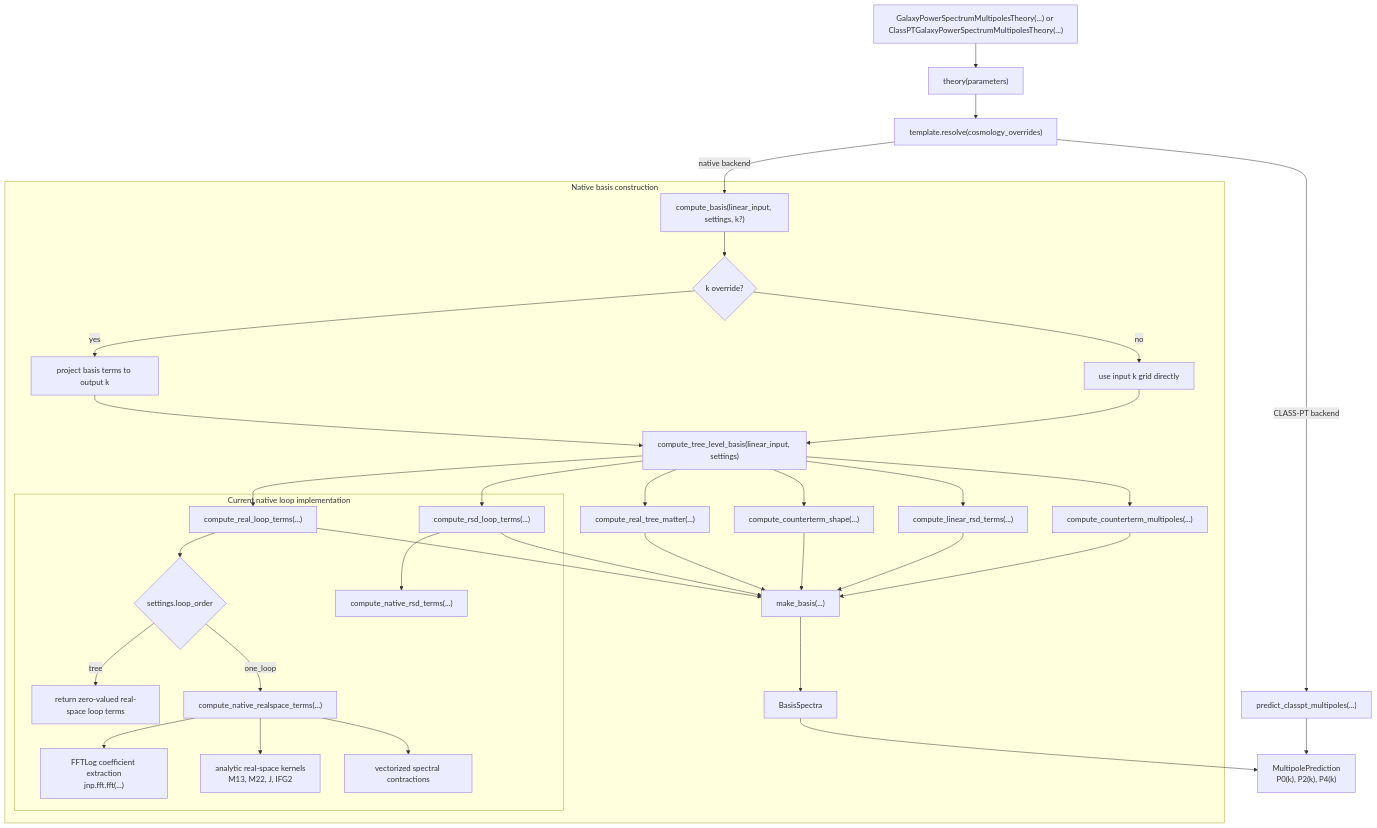
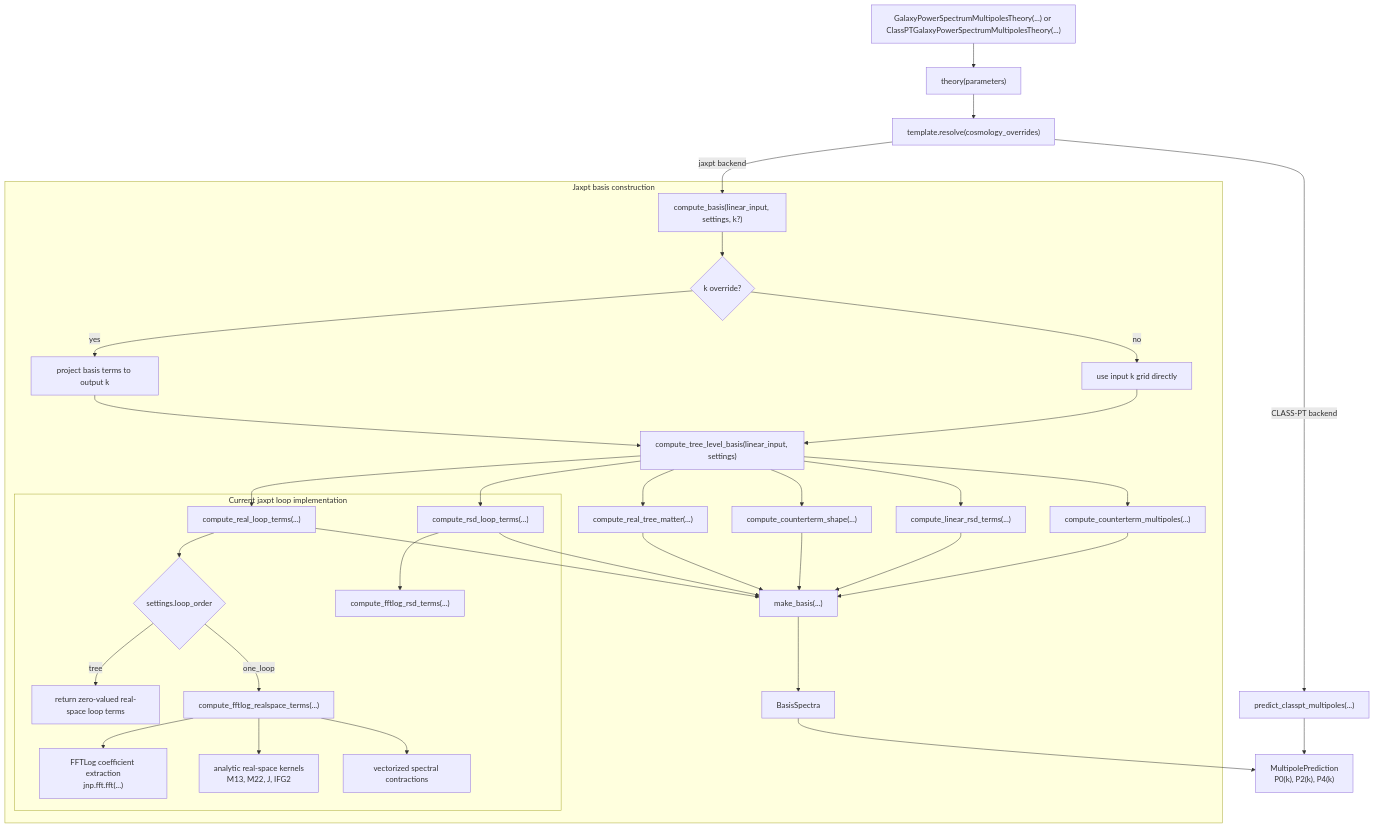
One commit to epaillas/jax-pt changed the first of 2 diagrams in docs/flow.md. Above: the diagram before and after it, drawn with Mermaid. The commit also changed other lines of this file and 25 other files, not shown here.

Commit message:
Rename jaxpt backend and drop native labels

````diff
--- a/docs/flow.md
+++ b/docs/flow.md
@@ -9,43 +9,43 @@
 ```mermaid
 flowchart TD
     A["GalaxyPowerSpectrumMultipolesTheory(...) or ClassPTGalaxyPowerSpectrumMultipolesTheory(...)"] --> B["theory(parameters)"]
     B --> C["template.resolve(cosmology_overrides)"]
-    C -->|"native backend"| D["compute_basis(linear_input, settings, k?)"]
+    C -->|"jaxpt backend"| D["compute_basis(linear_input, settings, k?)"]
     C -->|"CLASS-PT backend"| J["predict_classpt_multipoles(...)"]
 
-    subgraph Native["Native basis construction"]
+    subgraph Jaxpt["Jaxpt basis construction"]
         D --> D1{"k override?"}
         D1 -->|"yes"| D2["project basis terms to output k"]
         D1 -->|"no"| D3["use input k grid directly"]
         D2 --> F["compute_tree_level_basis(linear_input, settings, output_k)"]
         D3 --> F["compute_tree_level_basis(linear_input, settings)"]
 
         F --> F1["compute_real_tree_matter(...)"]
         F --> F2["compute_counterterm_shape(...)"]
         F --> F3["compute_real_loop_terms(...)"]
         F --> F4["compute_linear_rsd_terms(...)"]
         F --> F5["compute_counterterm_multipoles(...)"]
         F --> F6["compute_rsd_loop_terms(...)"]
 
-        subgraph NativeLoops["Current native loop implementation"]
+        subgraph JaxptLoops["Current jaxpt loop implementation"]
             F3 --> G0{"settings.loop_order"}
             G0 -->|"tree"| G1["return zero-valued real-space loop terms"]
-            G0 -->|"one_loop"| G2["compute_native_realspace_terms(...)"]
+            G0 -->|"one_loop"| G2["compute_fftlog_realspace_terms(...)"]
             G2 --> G3["FFTLog coefficient extraction\njnp.fft.fft(...)"]
             G2 --> G4["analytic real-space kernels\nM13, M22, J, IFG2"]
             G2 --> G5["vectorized spectral contractions"]
-            F6 --> G6["compute_native_rsd_terms(...)"]
+            F6 --> G6["compute_fftlog_rsd_terms(...)"]
         end
 
         F1 --> H["make_basis(...)"]
         F2 --> H
         F3 --> H
         F4 --> H
         F5 --> H
         F6 --> H
         H --> I["BasisSpectra"]
     end
 
     I --> K["galaxy_multipoles(basis, nuisance_params)"]
     J --> K["MultipolePrediction\nP0(k), P2(k), P4(k)"]
 ```
````
